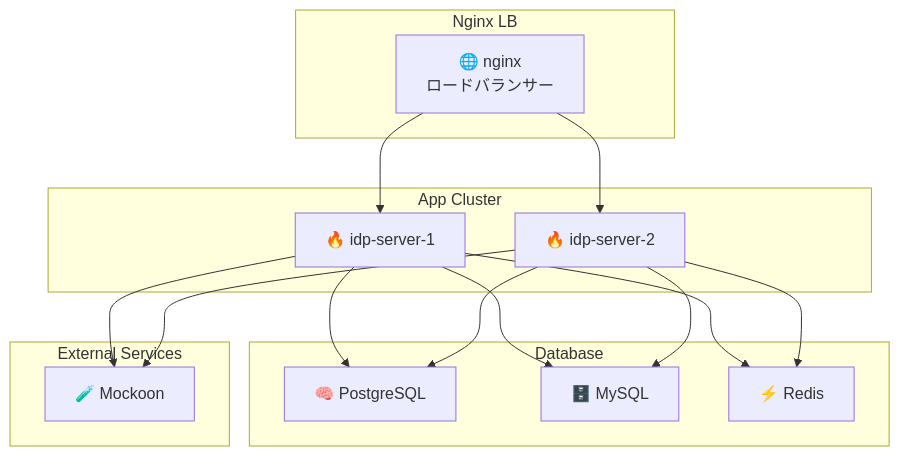
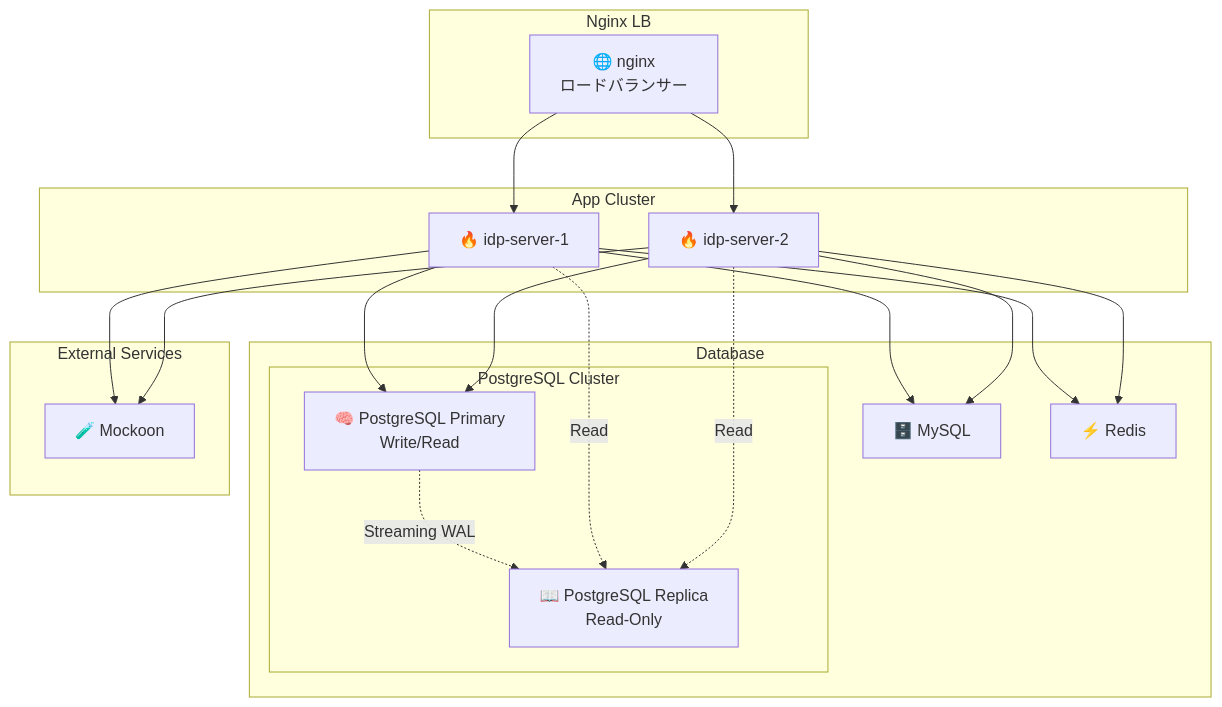
The diagram in documentation/i18n/ja/docusaurus-plugin-content-docs/current/content_02_quickstart/getting-started.md (hirokazu-kobayashi-koba-hiro/idp-server), drawn with Mermaid before and after one commit. The commit also changed other lines of this file and 9 other files, not shown here.

First line of the commit message:
Add PostgreSQL Primary/Replica configuration for Issue #382

````diff
--- a/documentation/i18n/ja/docusaurus-plugin-content-docs/current/content_02_quickstart/getting-started.md
+++ b/documentation/i18n/ja/docusaurus-plugin-content-docs/current/content_02_quickstart/getting-started.md
@@ -18,35 +18,41 @@
 ```mermaid
 flowchart TD
 subgraph Nginx LB
 nginx[🌐 nginx<br>ロードバランサー]
 end
 
 subgraph App Cluster
 idp1[🔥 idp-server-1]
 idp2[🔥 idp-server-2]
 end
 
 subgraph Database
-pg[🧠 PostgreSQL]
+subgraph PostgreSQL Cluster
+pg_primary[🧠 PostgreSQL Primary<br>Write/Read]
+pg_replica[📖 PostgreSQL Replica<br>Read-Only]
+pg_primary -.->|Streaming WAL| pg_replica
+end
 mysql[🗄️ MySQL]
 redis[⚡ Redis]
 end
 
 subgraph External Services
 mockoon[🧪 Mockoon]
 end
 
 nginx --> idp1
 nginx --> idp2
 
-idp1 --> pg
+idp1 --> pg_primary
+idp1 -.->|Read| pg_replica
 idp1 --> mysql
 idp1 --> redis
 idp1 --> mockoon
 
-idp2 --> pg
+idp2 --> pg_primary
+idp2 -.->|Read| pg_replica
 idp2 --> mysql
 idp2 --> redis
 idp2 --> mockoon
 
 ```
````
